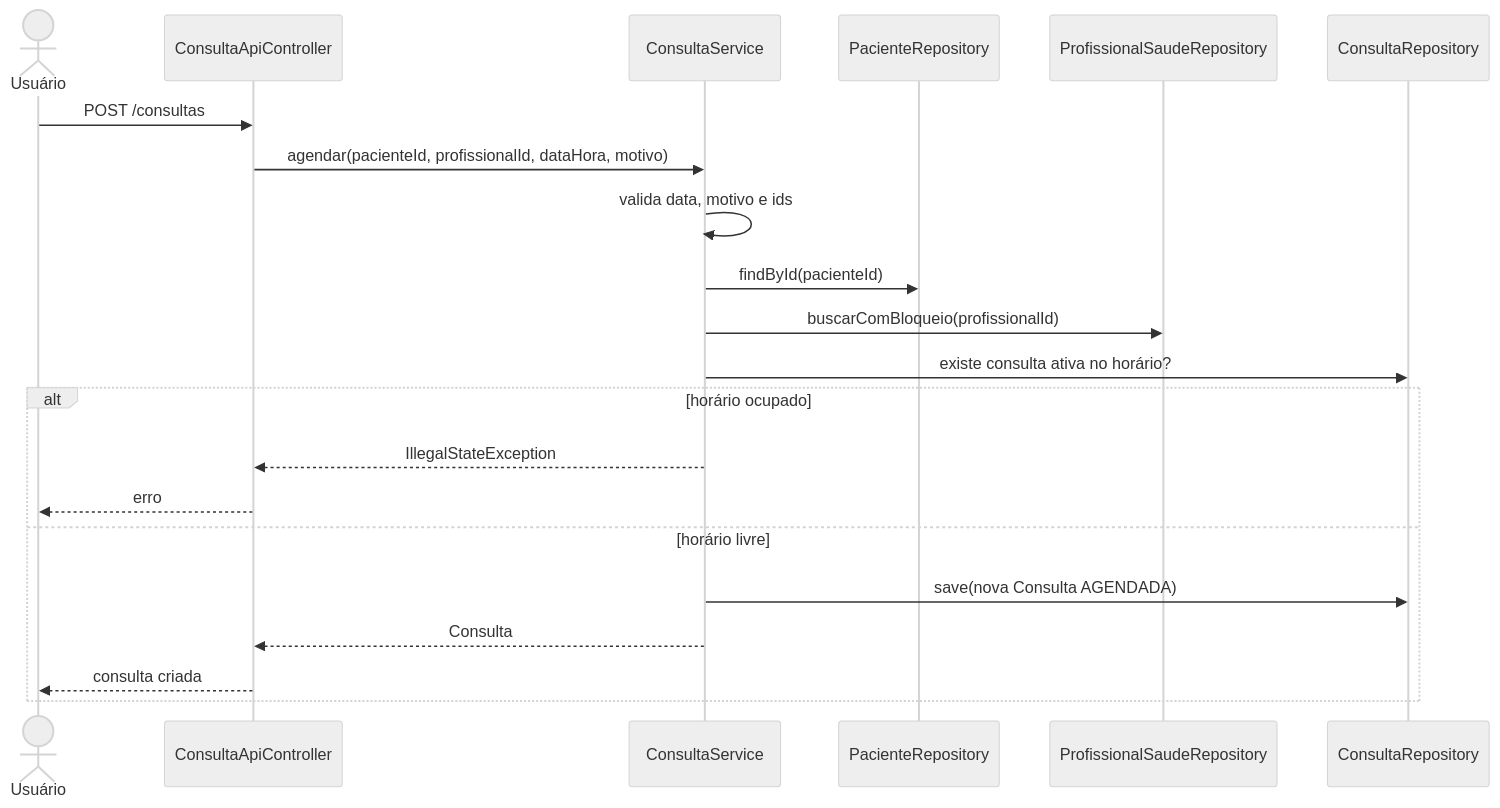
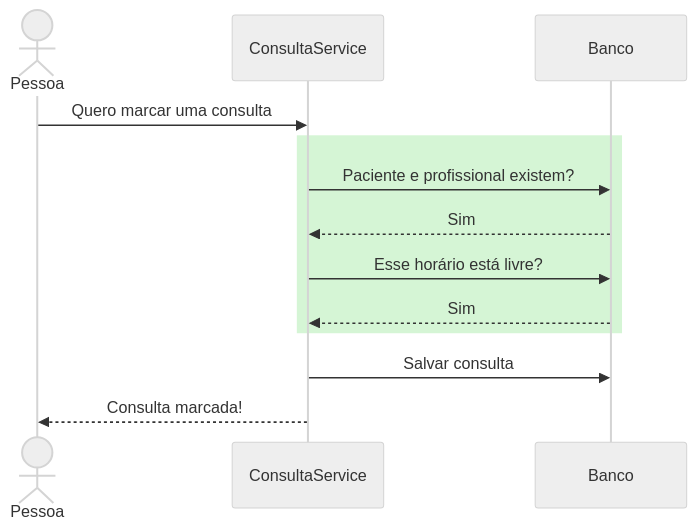
The sixth of 6 diagrams in docs/Diagramas_AuraMed.md (SamuelMatos78/AuraMed), drawn with Mermaid (neutral theme) before and after one commit. The commit also changed other lines of this file and 2 other files, not shown here.

Commit message:
docs: diagramas coloridos, fluxogramas e textos mais simples (#23)

````diff
--- a/docs/Diagramas_AuraMed.md
+++ b/docs/Diagramas_AuraMed.md
@@ -28,24 +121,15 @@
 ```mermaid
 sequenceDiagram
-    actor U as Usuário
-    participant API as ConsultaApiController
+    actor U as Pessoa
     participant S as ConsultaService
-    participant PR as PacienteRepository
-    participant FR as ProfissionalSaudeRepository
-    participant CR as ConsultaRepository
-
-    U->>API: POST /consultas
-    API->>S: agendar(pacienteId, profissionalId, dataHora, motivo)
-    S->>S: valida data, motivo e ids
-    S->>PR: findById(pacienteId)
-    S->>FR: buscarComBloqueio(profissionalId)
-    S->>CR: existe consulta ativa no horário?
-    alt horário ocupado
-        S-->>API: IllegalStateException
-        API-->>U: erro
-    else horário livre
-        S->>CR: save(nova Consulta AGENDADA)
-        S-->>API: Consulta
-        API-->>U: consulta criada
+    participant B as Banco
+    U->>S: Quero marcar uma consulta
+    rect rgb(213, 245, 213)
+    S->>B: Paciente e profissional existem?
+    B-->>S: Sim
+    S->>B: Esse horário está livre?
+    B-->>S: Sim
     end
+    S->>B: Salvar consulta
+    S-->>U: Consulta marcada!
 ```
````
